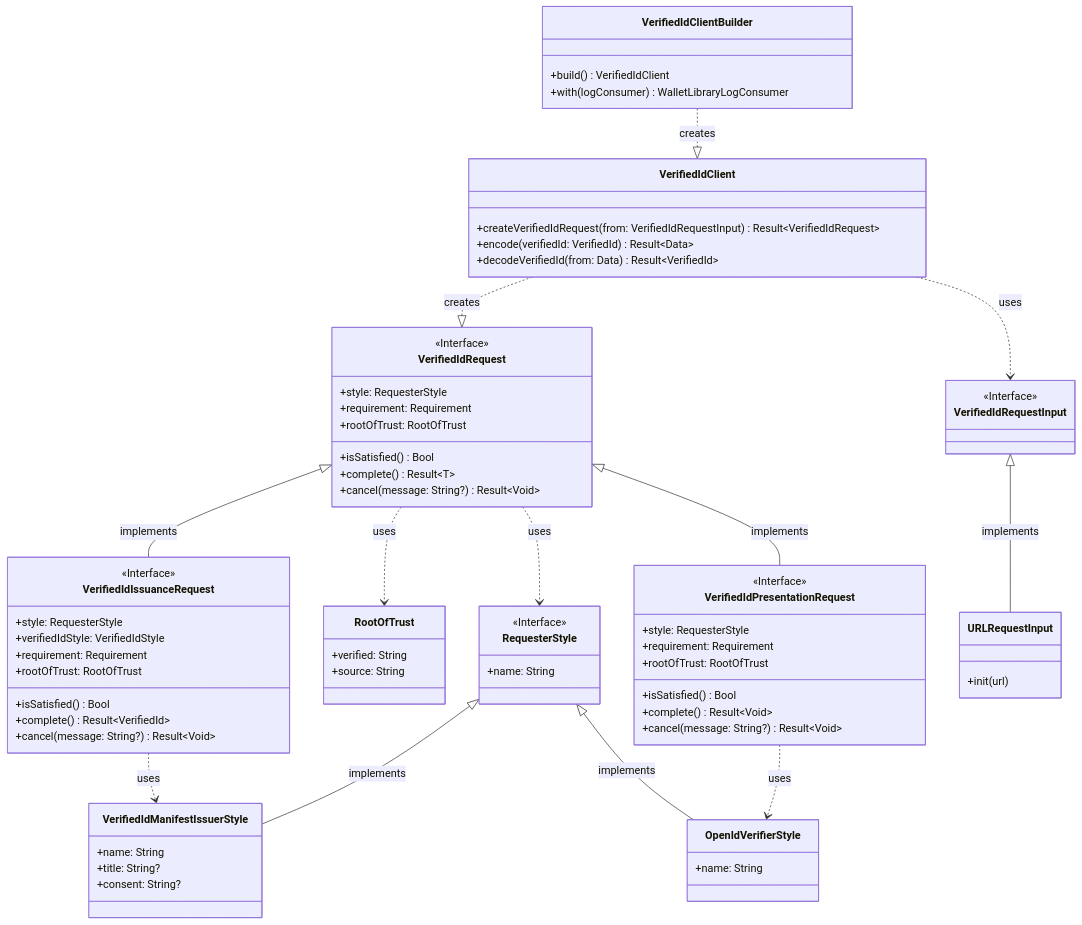
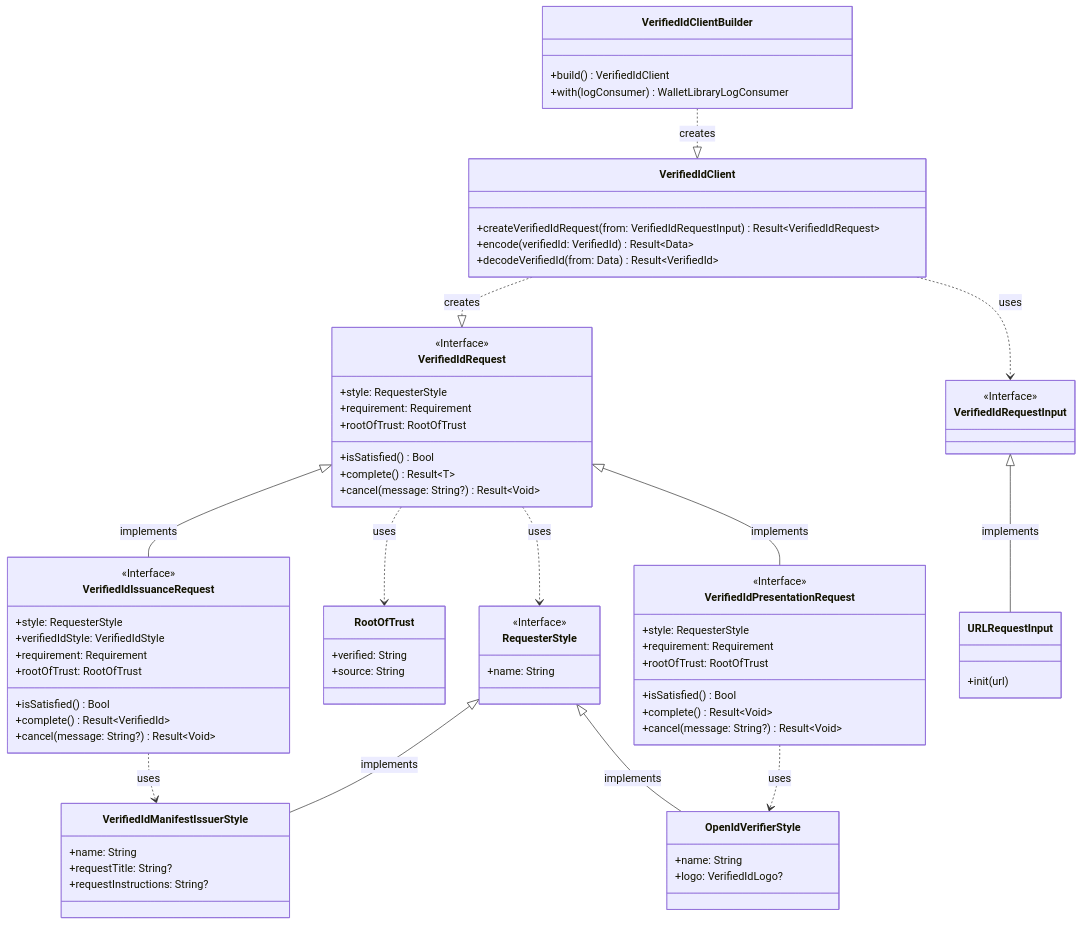
The first of 3 diagrams in Docs/LibraryArchitecture.md (microsoft/entra-verifiedid-wallet-library-ios), drawn with Mermaid before and after one commit. The commit also changed other lines of this file and 19 other files, not shown here.

````diff
--- a/Docs/LibraryArchitecture.md
+++ b/Docs/LibraryArchitecture.md
@@ -5,75 +5,76 @@
 ```mermaid
 classDiagram
 VerifiedIdClientBuilder ..|> VerifiedIdClient: creates
 VerifiedIdClient ..|> VerifiedIdRequest: creates
 VerifiedIdRequest ..> RequesterStyle: uses
 VerifiedIdRequest ..> RootOfTrust: uses
 VerifiedIdRequest <|-- VerifiedIdIssuanceRequest: implements
 VerifiedIdRequest <|-- VerifiedIdPresentationRequest: implements
 VerifiedIdClient ..> VerifiedIdRequestInput: uses
 VerifiedIdRequestInput <|-- URLRequestInput: implements
 RequesterStyle <|-- VerifiedIdManifestIssuerStyle: implements
 VerifiedIdPresentationRequest ..> OpenIdVerifierStyle: uses
 RequesterStyle <|-- OpenIdVerifierStyle: implements
 VerifiedIdIssuanceRequest ..> VerifiedIdManifestIssuerStyle: uses
 class VerifiedIdClientBuilder{
     +build() VerifiedIdClient
     +with(logConsumer) WalletLibraryLogConsumer
 }
 class VerifiedIdClient{
     +createVerifiedIdRequest(from: VerifiedIdRequestInput) Result<<T>VerifiedIdRequest>
     +encode(verifiedId: VerifiedId) Result<<T>Data>
     +decodeVerifiedId(from: Data) Result<<T>VerifiedId>
 }
 <<Interface>> VerifiedIdRequestInput
 class URLRequestInput{
     +init(url)
 }
 <<Interface>> VerifiedIdRequest
 class VerifiedIdRequest{
     +style: RequesterStyle
     +requirement: Requirement
     +rootOfTrust: RootOfTrust
     +isSatisfied() Bool
     +complete() Result<<T>T>
     +cancel(message: String?) Result<<T>Void>
 }
 <<Interface>> VerifiedIdIssuanceRequest
 class VerifiedIdIssuanceRequest{
     +style: RequesterStyle
     +verifiedIdStyle: VerifiedIdStyle
     +requirement: Requirement
     +rootOfTrust: RootOfTrust
     +isSatisfied() Bool
     +complete() Result<<T>VerifiedId>
     +cancel(message: String?) Result<<T>Void>
 }
 <<Interface>> VerifiedIdPresentationRequest
 class VerifiedIdPresentationRequest{
     +style: RequesterStyle
     +requirement: Requirement
     +rootOfTrust: RootOfTrust
     +isSatisfied() Bool
     +complete() Result<<T>Void>
     +cancel(message: String?) Result<<T>Void>
 }
 
 class RootOfTrust{
     +verified: String
     +source: String
 }
 <<Interface>> RequesterStyle
 class RequesterStyle{
     +name: String
 }
 
 class VerifiedIdManifestIssuerStyle{
     +name: String
-    +title: String?
-    +consent: String?
+    +requestTitle: String?
+    +requestInstructions: String?
 }
 
 class OpenIdVerifierStyle{
     +name: String
+    +logo: VerifiedIdLogo?
 }
 ```
````
